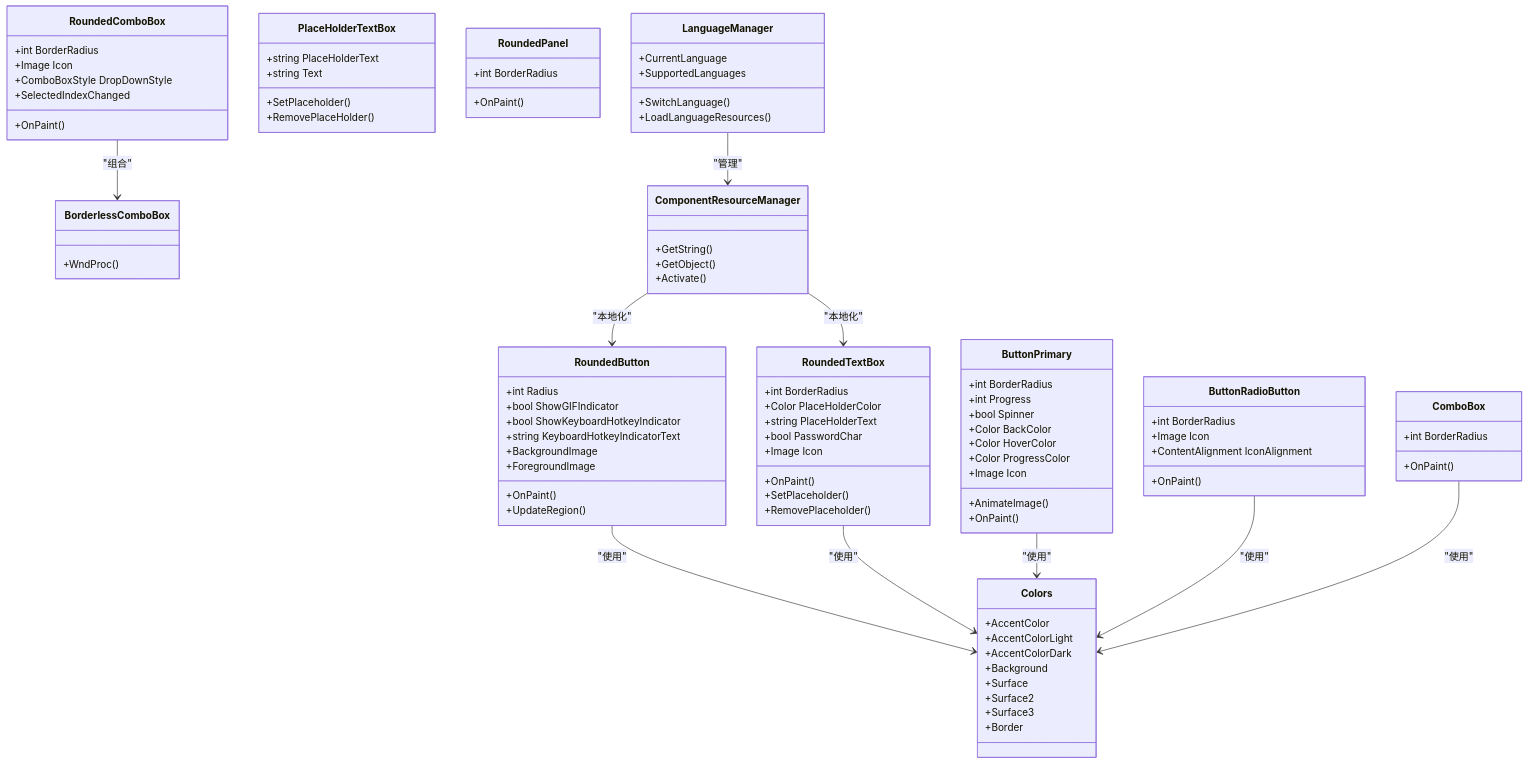
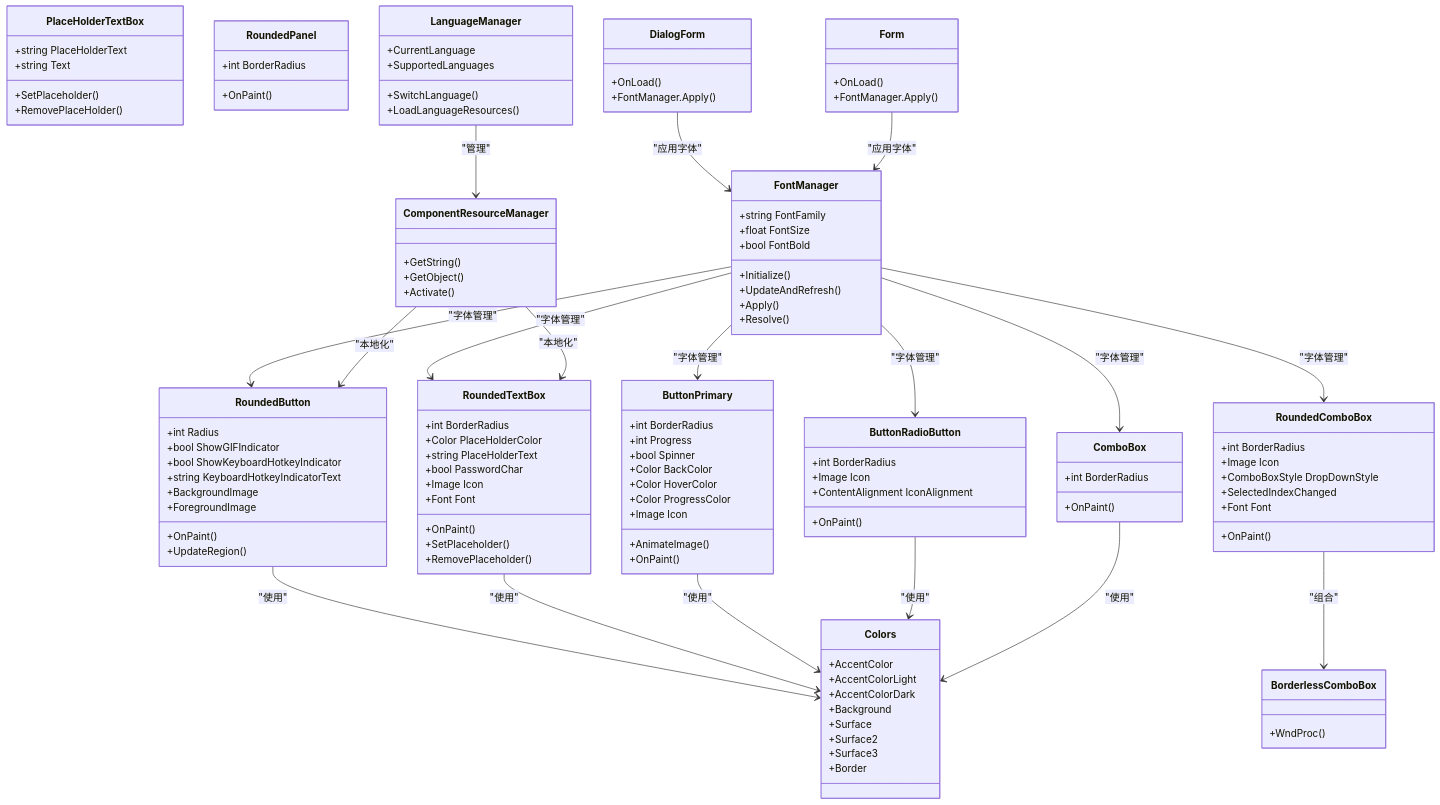
Before and after one commit to tea4go/Macro-Deck: the second of 11 diagrams in .qoder/repowiki/zh/content/图形用户界面/自定义控件/自定义控件.md, drawn with Mermaid. The commit also changed other lines of this file and 5 other files, not shown here.

```diff
--- a/.qoder/repowiki/zh/content/图形用户界面/自定义控件/自定义控件.md
+++ b/.qoder/repowiki/zh/content/图形用户界面/自定义控件/自定义控件.md
@@ -151,6 +172,15 @@
 +Surface2
 +Surface3
 +Border
+}
+class FontManager {
++string FontFamily
++float FontSize
++bool FontBold
++Initialize()
++UpdateAndRefresh()
++Apply()
++Resolve()
 }
 class RoundedButton {
 +int Radius
@@ -168,6 +198,7 @@
 +string PlaceHolderText
 +bool PasswordChar
 +Image Icon
++Font Font
 +OnPaint()
 +SetPlaceholder()
 +RemovePlaceholder()
@@ -177,6 +208,7 @@
 +Image Icon
 +ComboBoxStyle DropDownStyle
 +SelectedIndexChanged
++Font Font
 +OnPaint()
 }
 class BorderlessComboBox {
@@ -224,12 +256,28 @@
 +SwitchLanguage()
 +LoadLanguageResources()
 }
+class DialogForm {
++OnLoad()
++FontManager.Apply()
+}
+class Form {
++OnLoad()
++FontManager.Apply()
+}
 RoundedComboBox --> BorderlessComboBox : "组合"
 RoundedButton --> Colors : "使用"
 RoundedTextBox --> Colors : "使用"
 ButtonPrimary --> Colors : "使用"
 ButtonRadioButton --> Colors : "使用"
 ComboBox --> Colors : "使用"
+FontManager --> RoundedButton : "字体管理"
+FontManager --> RoundedTextBox : "字体管理"
+FontManager --> RoundedComboBox : "字体管理"
+FontManager --> ButtonPrimary : "字体管理"
+FontManager --> ButtonRadioButton : "字体管理"
+FontManager --> ComboBox : "字体管理"
+DialogForm --> FontManager : "应用字体"
+Form --> FontManager : "应用字体"
 ComponentResourceManager --> RoundedButton : "本地化"
 ComponentResourceManager --> RoundedTextBox : "本地化"
 LanguageManager --> ComponentResourceManager : "管理"
```
